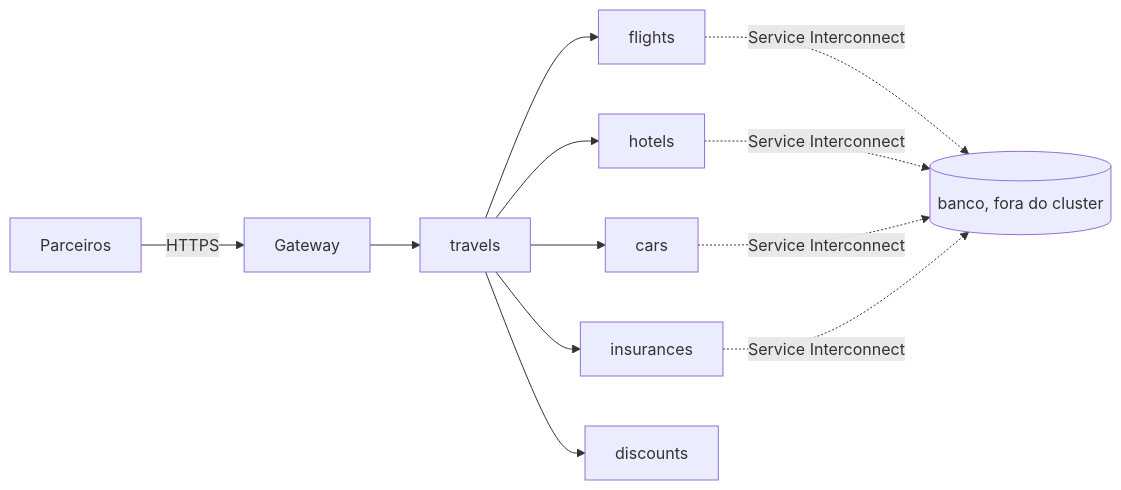
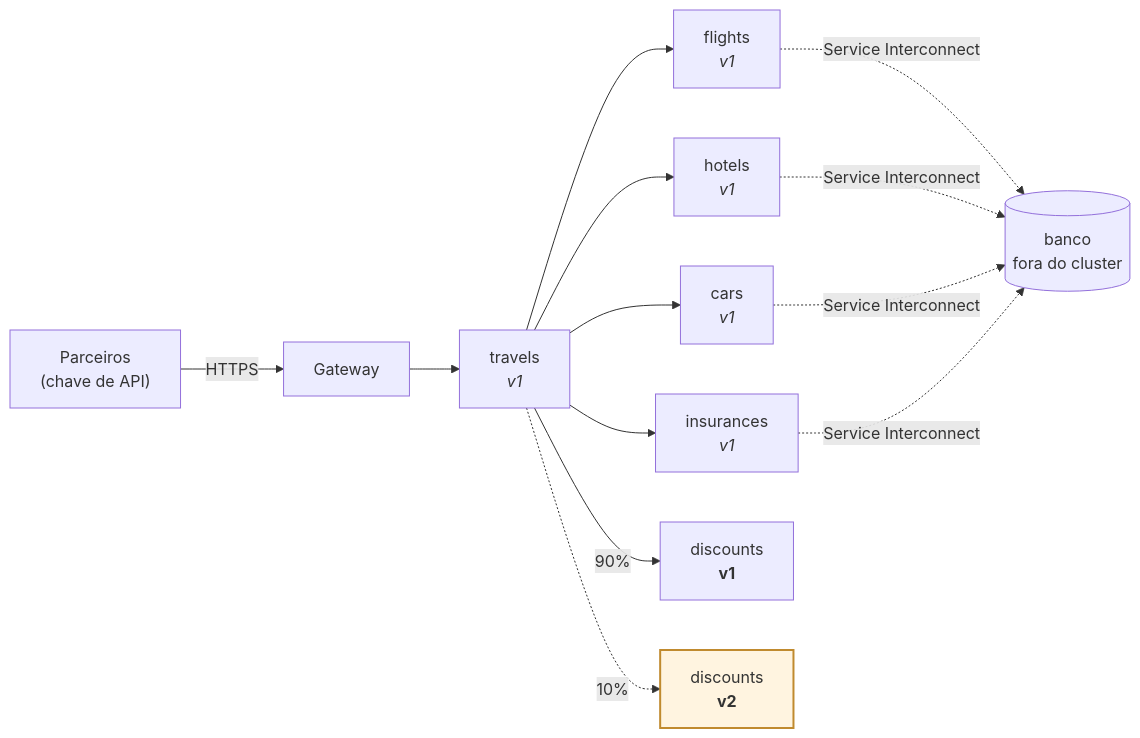
The diagram in content/modules/ROOT/pages/historia.adoc (workshop-tanaka/rhcl-connectivity-workshop), drawn with Mermaid before and after one commit. The commit also changed other lines of this file, not shown here.

Commit message:
historia: o diagrama mostra que discounts tem duas versoes no ar
O diagrama da rota Viagens desenhava discounts como uma caixa so, e a parte
2.2 chega pedindo para promover a v2 de um servico que, ate ali, o material
nunca disse ter duas versoes.

Medido antes de desenhar: o VirtualService tem discounts v1=90% v2=10% --
o unico dos cinco com subsets. O diagrama agora mostra a divisao, com a v2
destacada, e o texto liga isso a 2.2.

```diff
--- a/content/modules/ROOT/pages/historia.adoc
+++ b/content/modules/ROOT/pages/historia.adoc
@@ -17,12 +17,15 @@
 [mermaid]
 ....
 flowchart LR
-  P[Parceiros] -->|HTTPS| G[Gateway]
-  G --> T[travels]
-  T --> F[flights]
-  T --> H[hotels]
-  T --> C[cars]
-  T --> I[insurances]
-  T --> D[discounts]
-  F & H & C & I -.->|Service Interconnect| DB[(banco, fora do cluster)]
+  P["Parceiros<br/>(chave de API)"] -->|HTTPS| G["Gateway"]
+  G --> T["travels<br/><i>v1</i>"]
+  T --> F["flights<br/><i>v1</i>"]
+  T --> H["hotels<br/><i>v1</i>"]
+  T --> C["cars<br/><i>v1</i>"]
+  T --> I["insurances<br/><i>v1</i>"]
+  T -->|"90%"| D1["discounts<br/><b>v1</b>"]
+  T -.->|"10%"| D2["discounts<br/><b>v2</b>"]
+  F & H & C & I -.->|"Service Interconnect"| DB[("banco<br/>fora do cluster")]
+  classDef versaoNova fill:#fff4e0,stroke:#c08a2e,stroke-width:2px
+  class D2 versaoNova
 ....
```
